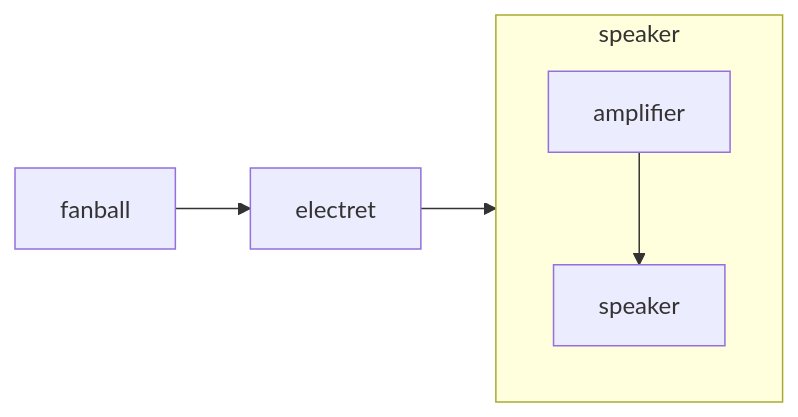
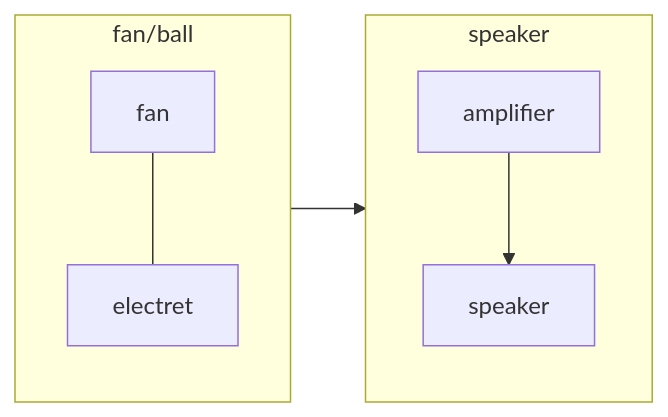
Before and after one commit to Hortus-Deliciarum/docz: the fifth of 9 diagrams in README.md, drawn with Mermaid. The commit also changed other lines of this file, not shown here.

````diff
--- a/README.md
+++ b/README.md
@@ -110,10 +110,15 @@
 ```mermaid
 flowchart LR
 
 subgraph S["speaker"]
     direction TB
     amplifier --> speaker
 end
 
-fanball-->electret-->amplifier
+subgraph F["fan/ball"]
+    direction TB
+    fan --- electret
+end
+
+F-->amplifier
 ```
````
